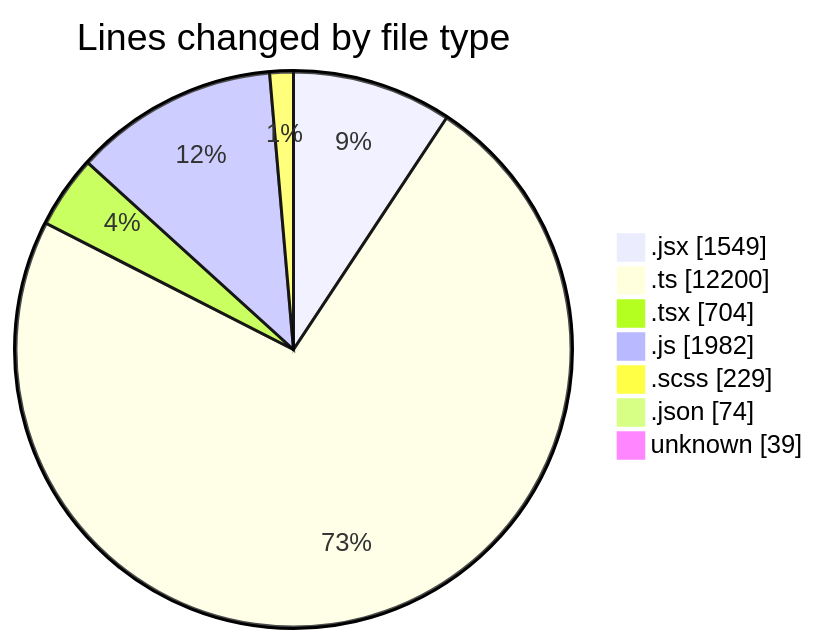
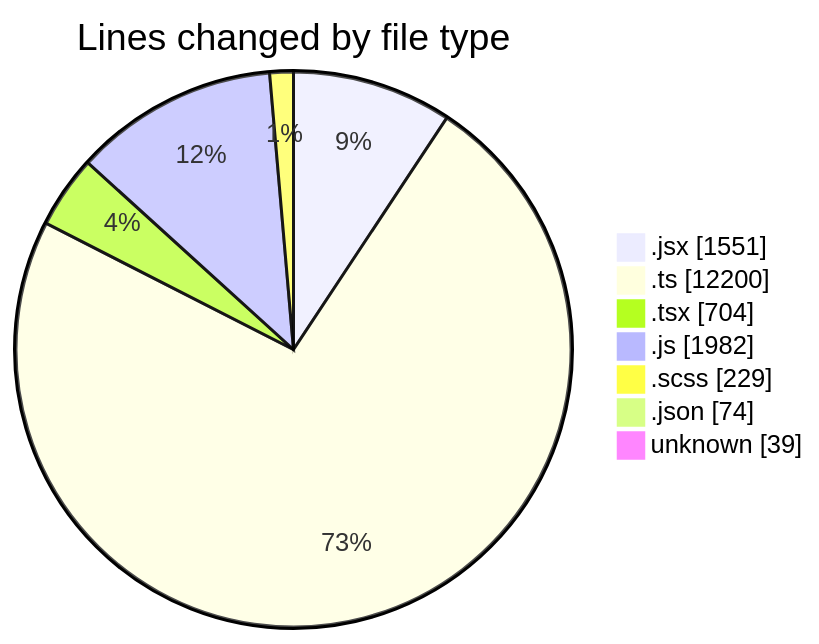
The first of 2 diagrams in 2025-06-05/cda/README.md (momahboobian/code-tracking), drawn with Mermaid before and after one commit. The commit also changed other lines of this file and 1 other file, not shown here.

````diff
--- a/2025-06-05/cda/README.md
+++ b/2025-06-05/cda/README.md
@@ -42,11 +42,11 @@
 ```mermaid
 pie showData
 title Lines changed by file type
-".jsx" : 1549
+".jsx" : 1551
 ".ts" : 12200
 ".tsx" : 704
 ".js" : 1982
 ".scss" : 229
 ".json" : 74
 "unknown" : 39
 ```
````
